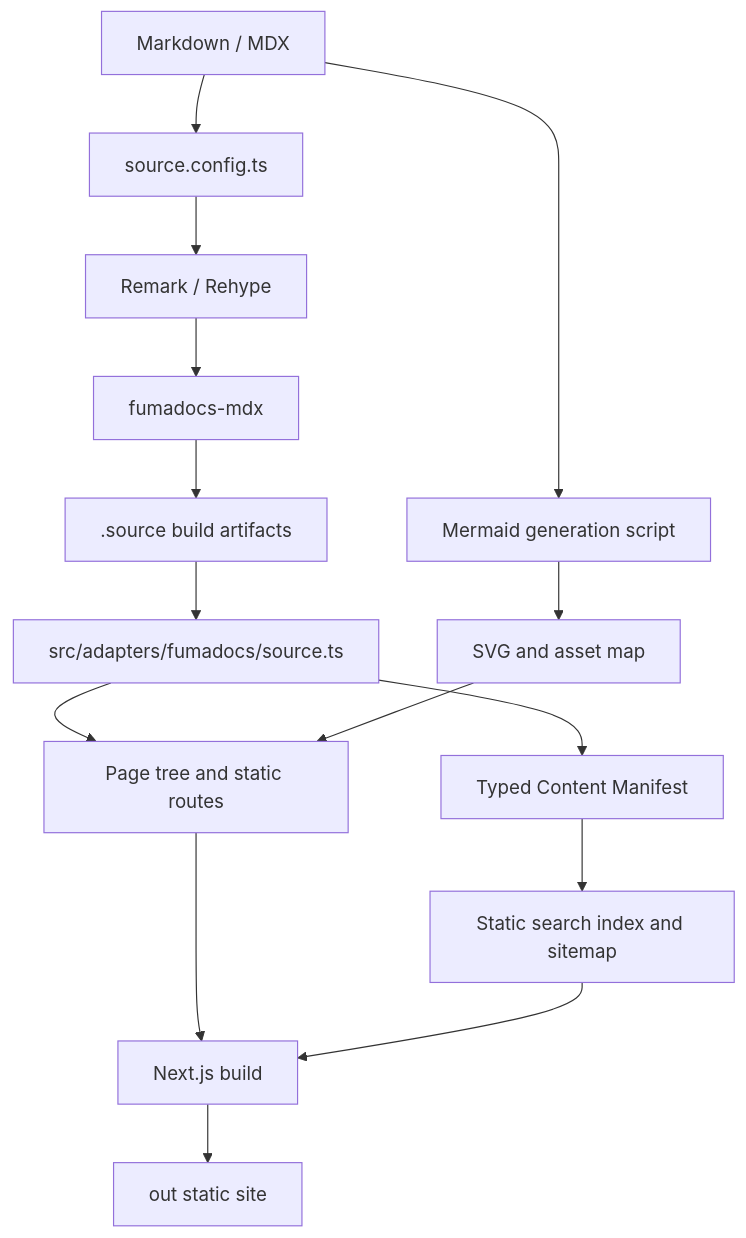
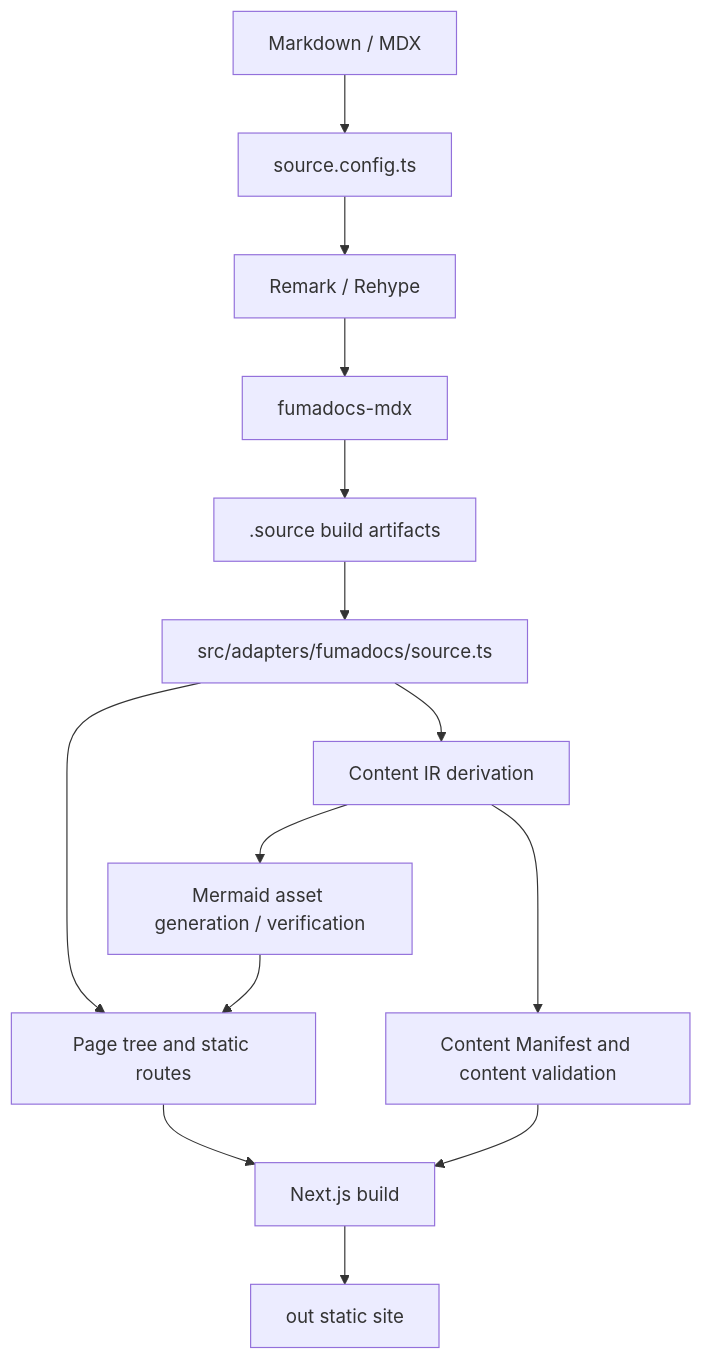
Before and after one commit to SSJ-ZYJ/Neoverse-Doc: the diagram in content/docs/en/about/project/architecture.mdx, drawn with Mermaid. The commit also changed other lines of this file and 36 other files, not shown here.

````diff
--- a/content/docs/en/about/project/architecture.mdx
+++ b/content/docs/en/about/project/architecture.mdx
@@ -125,19 +125,17 @@
 ```mermaid
 flowchart TD
     A[Markdown / MDX] --> B[source.config.ts]
     B --> C[Remark / Rehype]
     C --> D[fumadocs-mdx]
     D --> E[.source build artifacts]
     E --> F[src/adapters/fumadocs/source.ts]
     F --> G[Page tree and static routes]
     G --> H[Next.js build]
     H --> I[out static site]
 
-    A --> J[Mermaid generation script]
-    J --> K[SVG and asset map]
-    K --> G
-
-    F --> L[Typed Content Manifest]
-    L --> M[Static search index and sitemap]
-    M --> H
+    F --> J[Content IR derivation]
+    J --> K[Content Manifest and content validation]
+    K --> H
+    J --> L[Mermaid asset generation / verification]
+    L --> G
 ```
````
